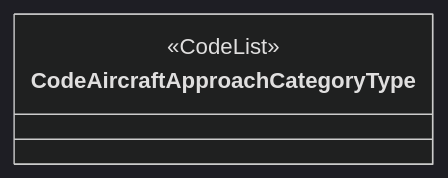
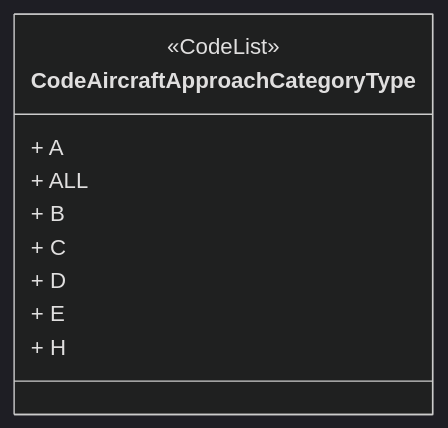
One commit to hlepori/testAIRM changed diagram 23 of 46 in README.md. Above: the diagram before and after it, drawn with Mermaid (dark theme). The commit also changed other lines of this file, not shown here.

````diff
--- a/README.md
+++ b/README.md
@@ -667,5 +670,12 @@
 ```mermaid	
 classDiagram	
 class CodeAircraftApproachCategoryType	
 <<CodeList>> CodeAircraftApproachCategoryType	
+CodeAircraftApproachCategoryType : + A	
+CodeAircraftApproachCategoryType : + ALL	
+CodeAircraftApproachCategoryType : + B	
+CodeAircraftApproachCategoryType : + C	
+CodeAircraftApproachCategoryType : + D	
+CodeAircraftApproachCategoryType : + E	
+CodeAircraftApproachCategoryType : + H	
 ```	
````
